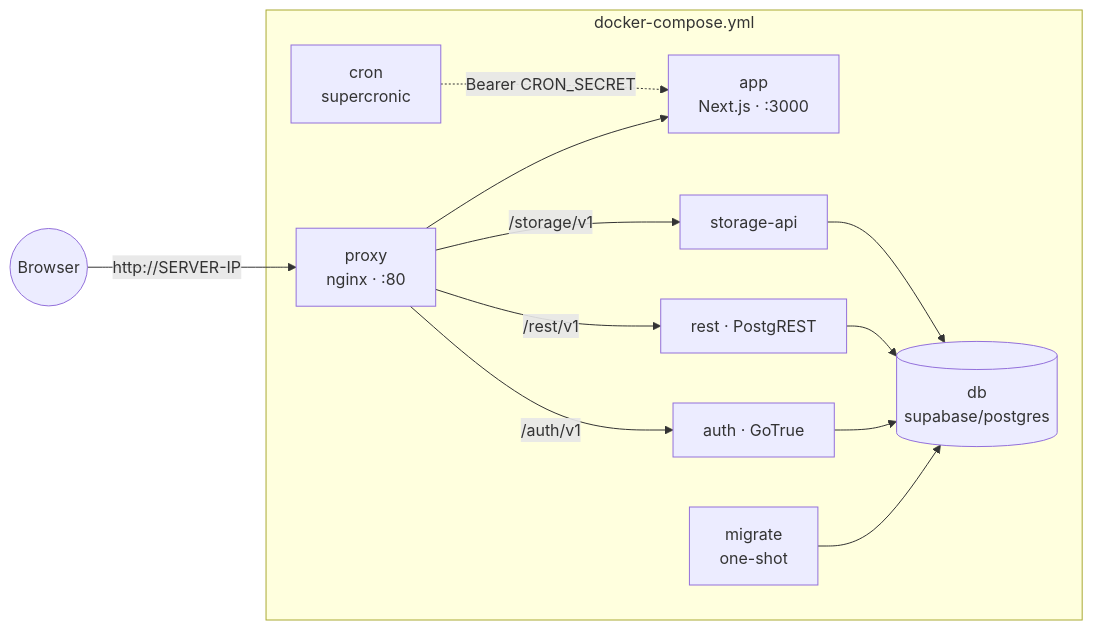
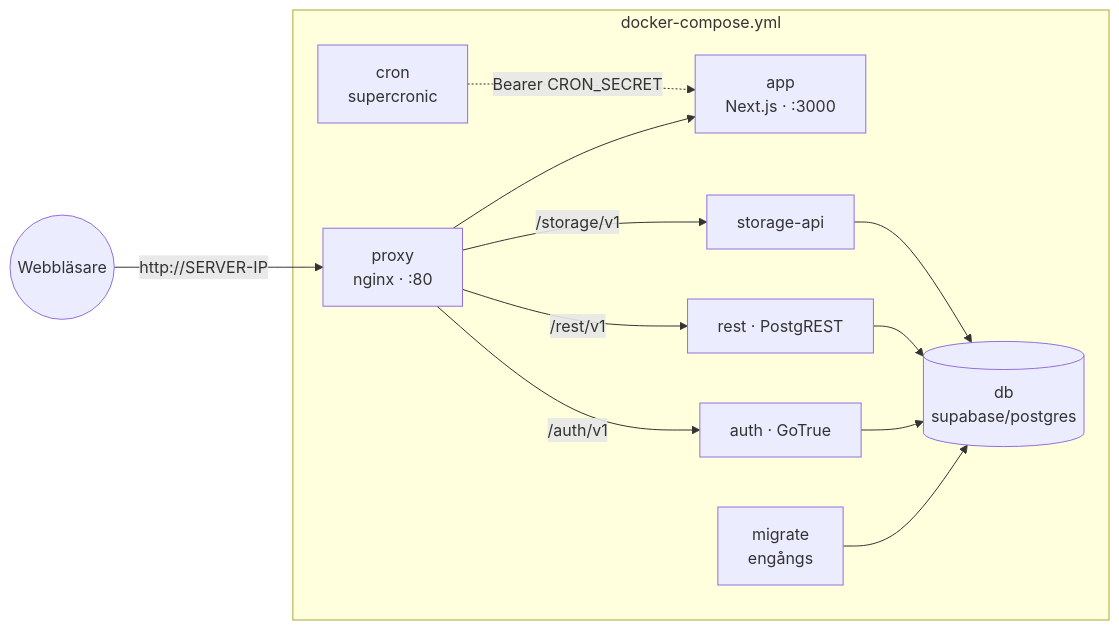
Before and after one commit to mews-se/firmabok: the diagram in docs/SELF-HOSTING.md, drawn with Mermaid. The commit also changed other lines of this file and 1 other file, not shown here.

````diff
--- a/docs/SELF-HOSTING.md
+++ b/docs/SELF-HOSTING.md
@@ -12,24 +12,24 @@
 ```mermaid
 flowchart LR
-    user((Browser))
+    user((Webbläsare))
     user -- "http://SERVER-IP" --> nginx
 
     subgraph stack["docker-compose.yml"]
         nginx["proxy<br/>nginx · :80"]
         app["app<br/>Next.js · :3000"]
         cron["cron<br/>supercronic"]
-        migrate["migrate<br/>one-shot"]
+        migrate["migrate<br/>engångs"]
         db[("db<br/>supabase/postgres")]
         auth["auth · GoTrue"]
         rest["rest · PostgREST"]
         storage["storage-api"]
 
         nginx --> app
         nginx -- /auth/v1 --> auth
         nginx -- /rest/v1 --> rest
         nginx -- /storage/v1 --> storage
         cron -. Bearer CRON_SECRET .-> app
         migrate --> db
         auth & rest & storage --> db
     end
 ```
````
